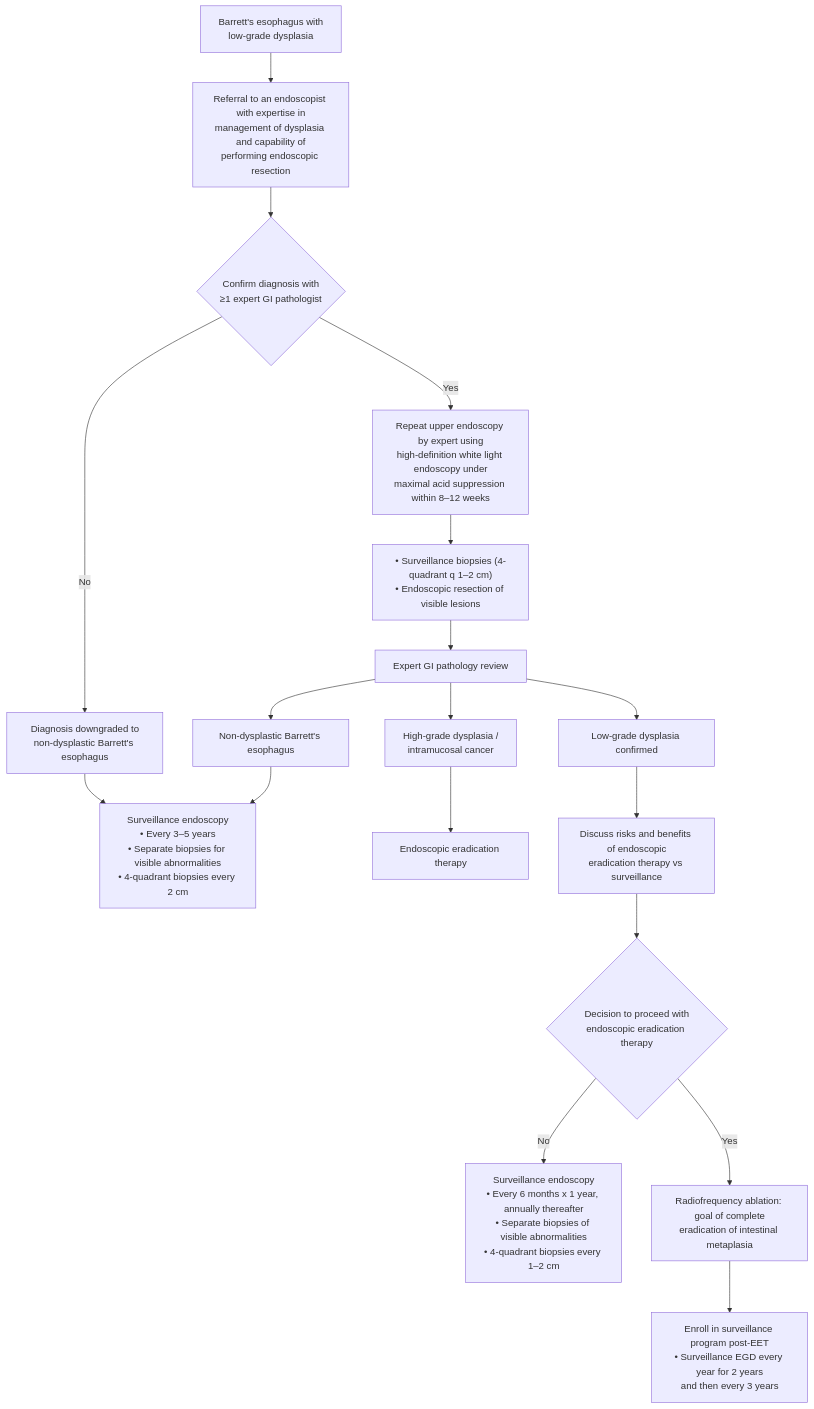
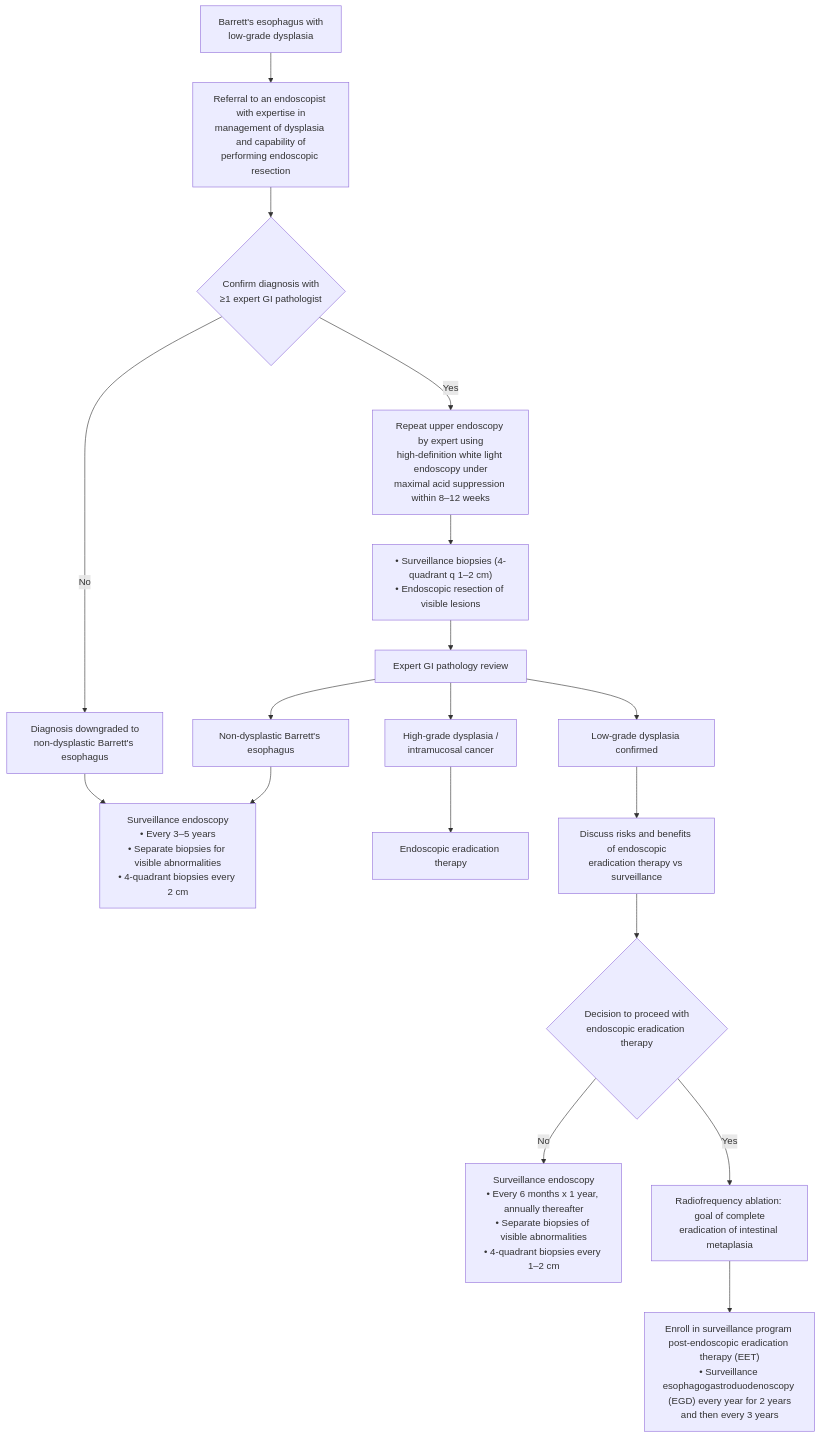
Before and after one commit to KHNickLeMD/KHNL-GI-Wiki: the diagram in KHNL-GI-Wiki/wiki/sources/aga-2016-low-grade-dysplasia-barretts.md, drawn with Mermaid. The commit also changed other lines of this file and 620 other files, not shown here.

````diff
--- a/KHNL-GI-Wiki/wiki/sources/aga-2016-low-grade-dysplasia-barretts.md
+++ b/KHNL-GI-Wiki/wiki/sources/aga-2016-low-grade-dysplasia-barretts.md
@@ -66,20 +66,20 @@
 ```mermaid
 flowchart TD
     A["Barrett's esophagus with<br/>low-grade dysplasia"] --> B["Referral to an endoscopist with expertise in<br/>management of dysplasia and capability of<br/>performing endoscopic resection"]
     B --> C{"Confirm diagnosis with<br/>≥1 expert GI pathologist"}
     C -->|No| D["Diagnosis downgraded to<br/>non-dysplastic Barrett's esophagus"]
     D --> E["Surveillance endoscopy<br/>• Every 3–5 years<br/>• Separate biopsies for visible abnormalities<br/>• 4-quadrant biopsies every 2 cm"]
     C -->|Yes| F["Repeat upper endoscopy by expert using<br/>high-definition white light endoscopy under<br/>maximal acid suppression within 8–12 weeks"]
     F --> G["• Surveillance biopsies (4-quadrant q 1–2 cm)<br/>• Endoscopic resection of visible lesions"]
     G --> H["Expert GI pathology review"]
     H --> I["High-grade dysplasia /<br/>intramucosal cancer"]
     H --> J["Low-grade dysplasia confirmed"]
     H --> K["Non-dysplastic Barrett's esophagus"]
     K --> E
     I --> L["Endoscopic eradication therapy"]
     J --> M["Discuss risks and benefits of endoscopic<br/>eradication therapy vs surveillance"]
     M --> N{"Decision to proceed with<br/>endoscopic eradication therapy"}
     N -->|No| O["Surveillance endoscopy<br/>• Every 6 months x 1 year, annually thereafter<br/>• Separate biopsies of visible abnormalities<br/>• 4-quadrant biopsies every 1–2 cm"]
     N -->|Yes| P["Radiofrequency ablation: goal of complete<br/>eradication of intestinal metaplasia"]
-    P --> Q["Enroll in surveillance program post-EET<br/>• Surveillance EGD every year for 2 years<br/>and then every 3 years"]
+    P --> Q["Enroll in surveillance program post-endoscopic eradication therapy (EET)<br/>• Surveillance esophagogastroduodenoscopy (EGD) every year for 2 years<br/>and then every 3 years"]
 ```
````
